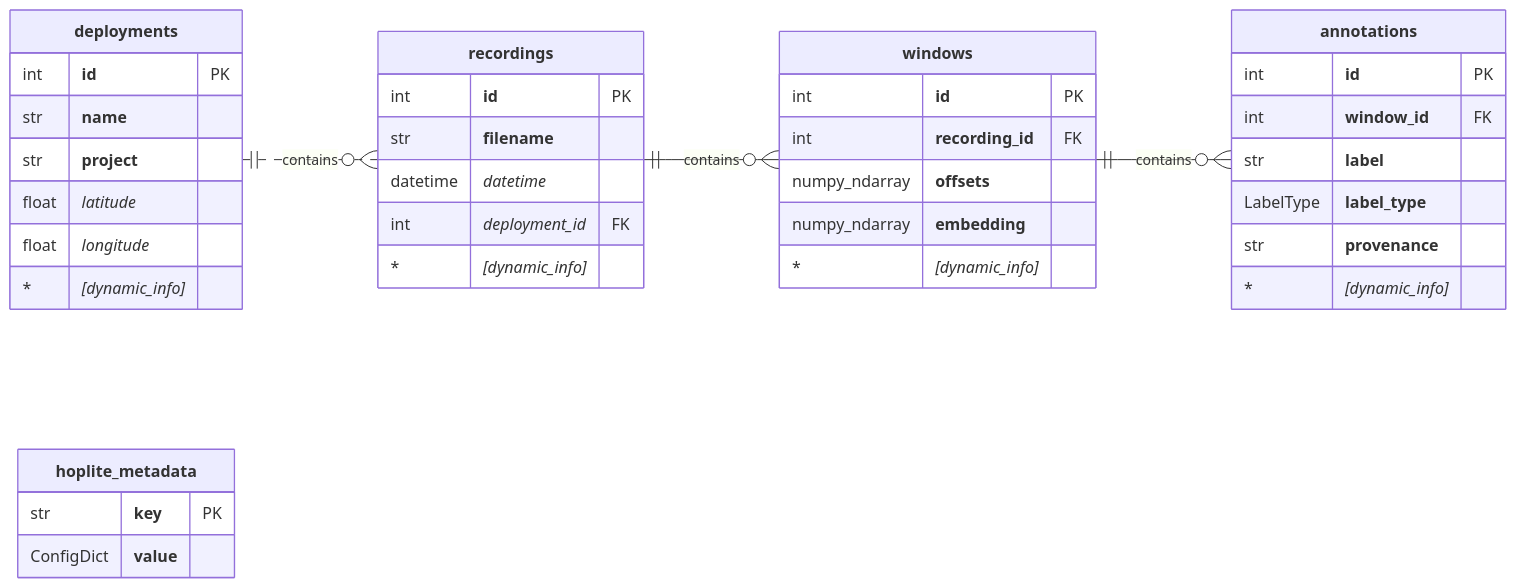
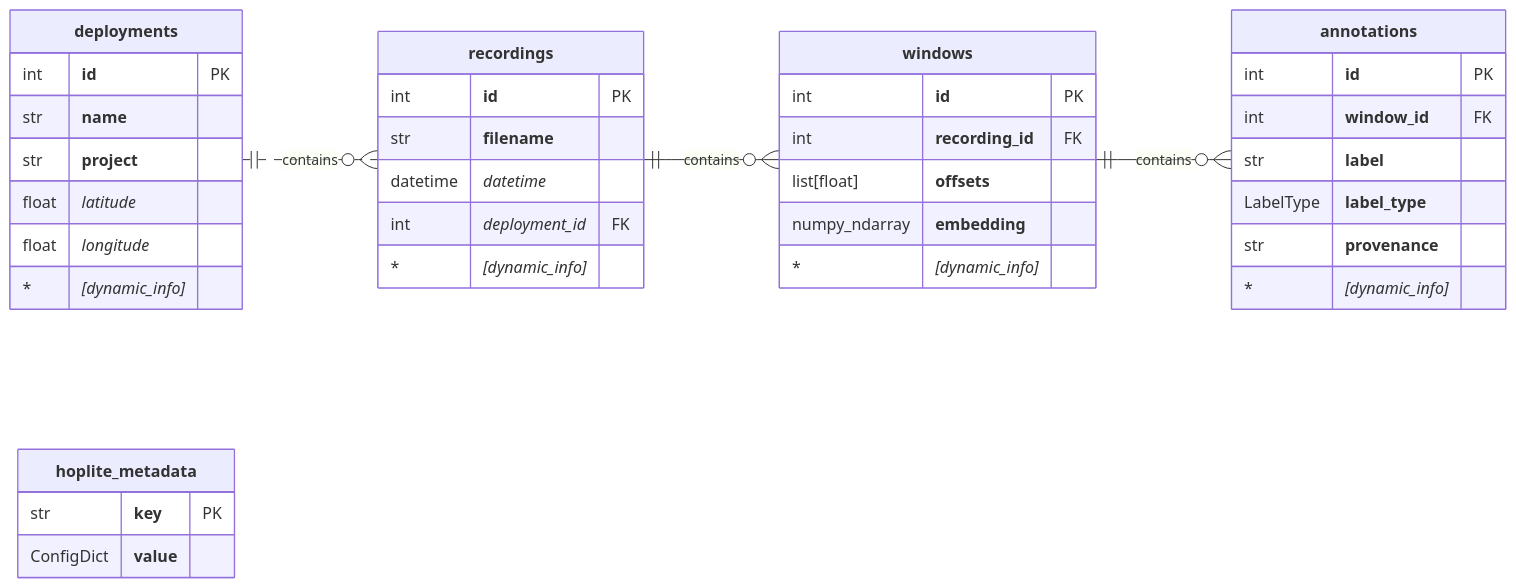
One commit to google-research/perch-hoplite changed the diagram in perch_hoplite/db/README.md. Above: the diagram before and after it, drawn with Mermaid. The commit also changed other lines of this file and 9 other files, not shown here.

````diff
--- a/perch_hoplite/db/README.md
+++ b/perch_hoplite/db/README.md
@@ -40,41 +40,41 @@
 ```mermaid
 erDiagram
     direction LR
     __deployments__ {
         int __id__ PK
         str __name__
         str __project__
         float _latitude_
         float _longitude_
         * _[dynamic_info]_
     }
     __recordings__ {
         int __id__ PK
         str __filename__
         datetime _datetime_
         int _deployment_id_ FK
         * _[dynamic_info]_
     }
     __windows__ {
         int __id__ PK
         int __recording_id__ FK
-        numpy_ndarray __offsets__
+        list[float] __offsets__
         numpy_ndarray __embedding__
         * _[dynamic_info]_
     }
     __annotations__ {
         int __id__ PK
         int __window_id__ FK
         str __label__
         LabelType __label_type__
         str __provenance__
         * _[dynamic_info]_
     }
     __hoplite_metadata__ {
         str __key__ PK
         ConfigDict __value__
     }
     __deployments__ one optionally to zero or more __recordings__  : contains
     __recordings__ one to zero or more __windows__ : contains
     __windows__ one to zero or more __annotations__ : contains
 ```
````
